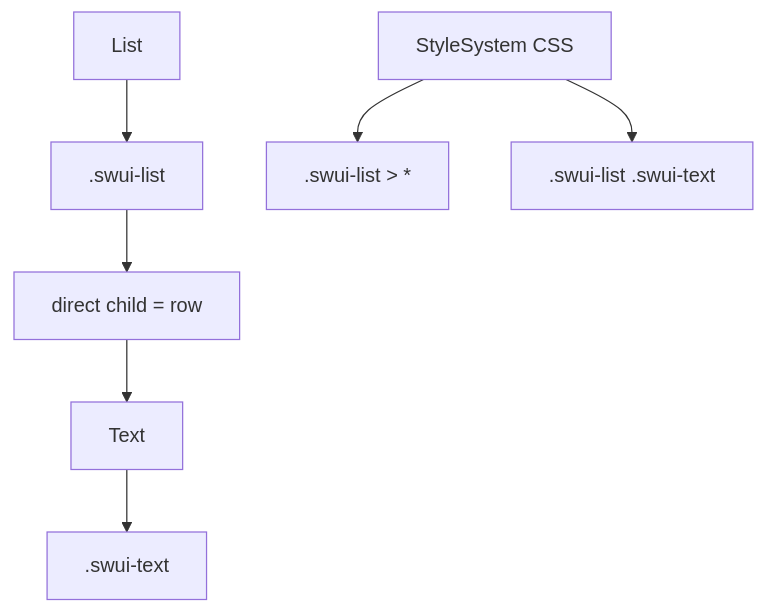
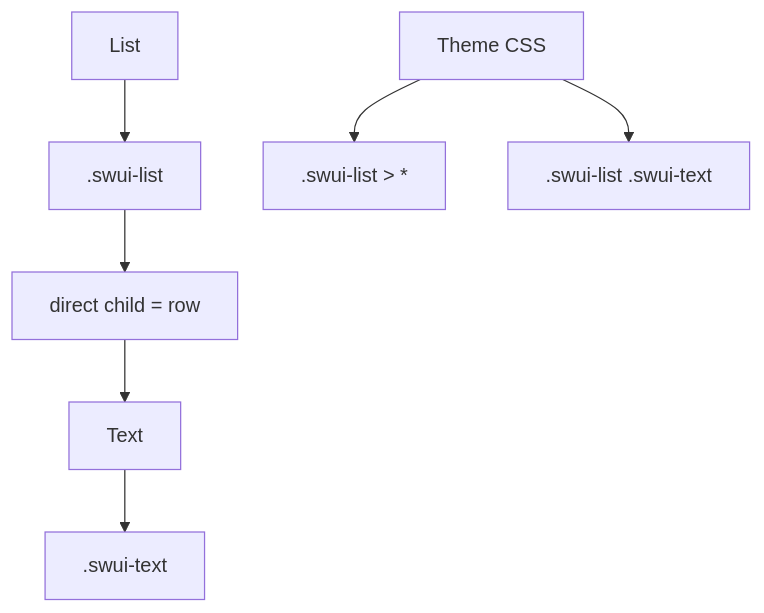
Before and after one commit to 1amageek/swift-web: the third of 4 diagrams in docs/SwiftWebUIStyleDesign.md, drawn with Mermaid. The commit also changed other lines of this file and 43 other files, not shown here.

First line of the commit message:
Rename StyleSystem to Theme

````diff
--- a/docs/SwiftWebUIStyleDesign.md
+++ b/docs/SwiftWebUIStyleDesign.md
@@ -91,9 +91,9 @@
 ```mermaid
 flowchart TD
     A["List"] --> B[".swui-list"]
     B --> C["direct child = row"]
     C --> D["Text"]
     D --> E[".swui-text"]
-    F["StyleSystem CSS"] --> G[".swui-list > *"]
+    F["Theme CSS"] --> G[".swui-list > *"]
     F --> H[".swui-list .swui-text"]
 ```
````
